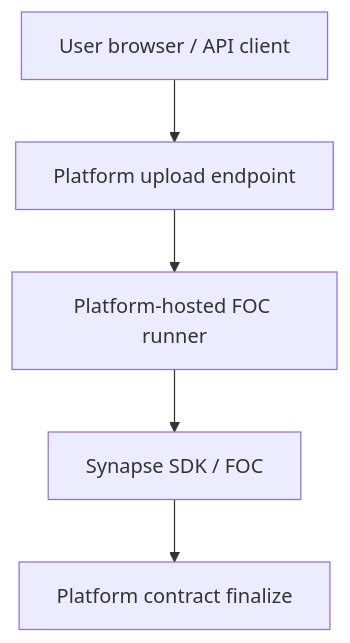
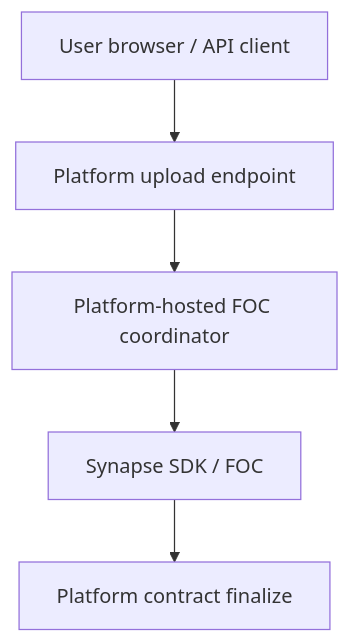
Before and after one commit to FIL-Builders/foc-platform: the ninth of 20 diagrams in spec.md, drawn with Mermaid. The commit also changed other lines of this file, not shown here.

Commit message:
Replace runner terminology with coordinator

````diff
--- a/spec.md
+++ b/spec.md
@@ -944,13 +944,13 @@
 ```mermaid
 flowchart TD
   user["User browser / API client"]
   endpoint["Platform upload endpoint"]
-  runner["Platform-hosted FOC runner"]
+  coordinator["Platform-hosted FOC coordinator"]
   foc["Synapse SDK / FOC"]
   finalize["Platform contract finalize"]
 
   user --> endpoint
-  endpoint --> runner
-  runner --> foc
+  endpoint --> coordinator
+  coordinator --> foc
   foc --> finalize
 ```
````
